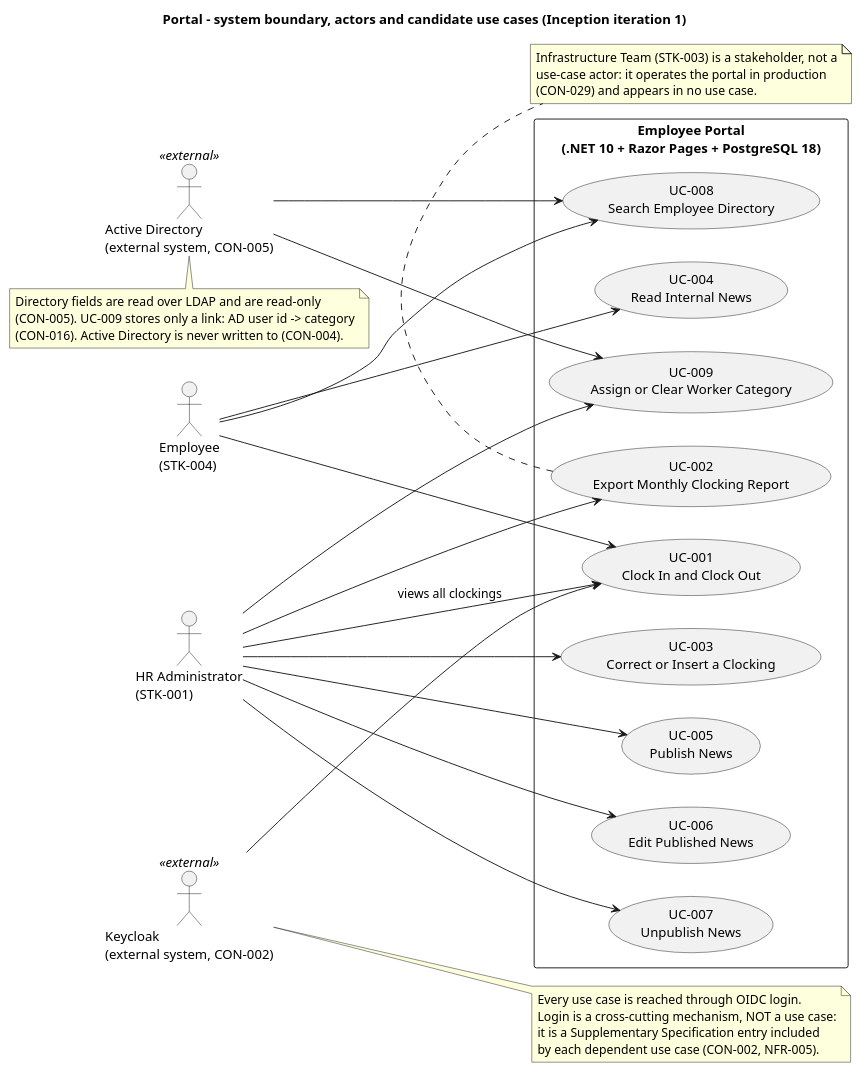
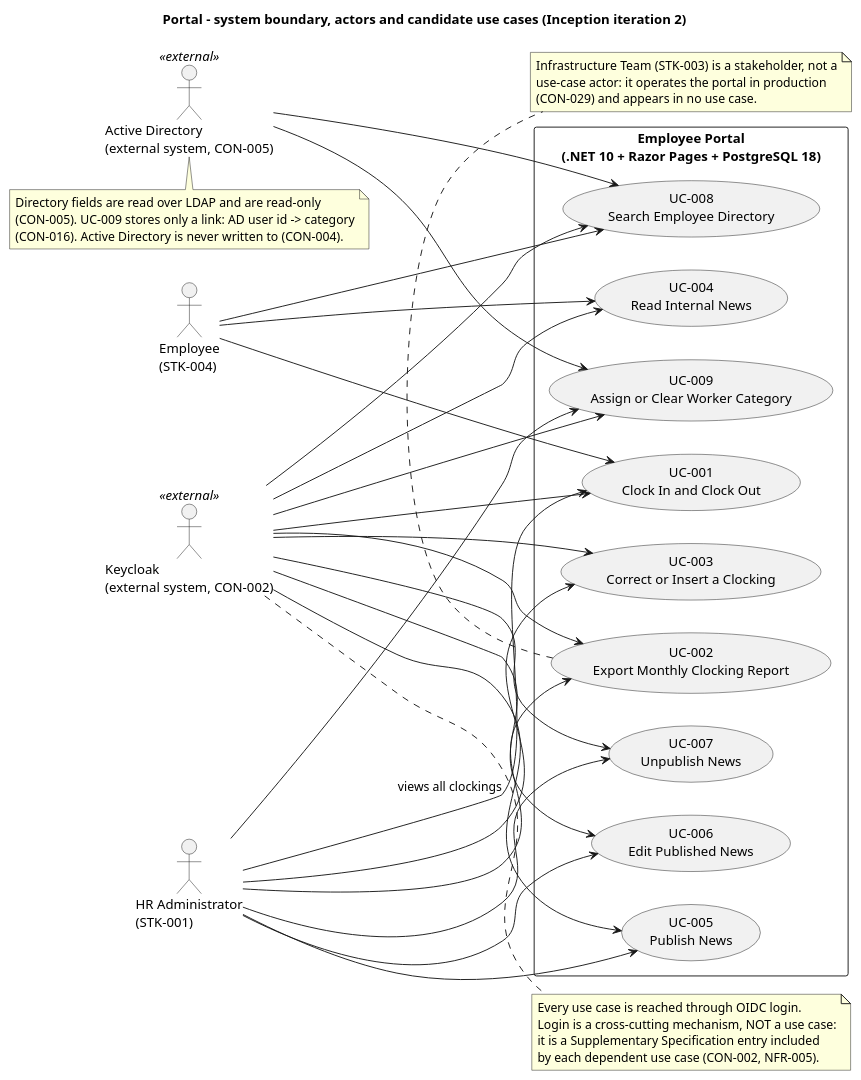
One commit to banense-test/portal changed the diagram in docs/artifacts/requirements/vision.md. Above: the diagram before and after it, drawn with PlantUML. The commit also changed other lines of this file, not shown here.

Commit message:
System Analyst [I2]: upsert Vision
[skip ci]

````diff
--- a/docs/artifacts/requirements/vision.md
+++ b/docs/artifacts/requirements/vision.md
@@ -46,57 +45,65 @@
 ```plantuml
 @startuml Portal_Vision_UC
-title Portal - system boundary, actors and candidate use cases (Inception iteration 1)
+title Portal - system boundary, actors and candidate use cases (Inception iteration 2)
 left to right direction
 skinparam packageStyle rectangle
 
 actor "Employee\n(STK-004)" as EMP
 actor "HR Administrator\n(STK-001)" as HR
 actor "Keycloak\n(external system, CON-002)" as KC <<external>>
 actor "Active Directory\n(external system, CON-005)" as AD <<external>>
 
 rectangle "Employee Portal\n(.NET 10 + Razor Pages + PostgreSQL 18)" {
   usecase "UC-001\nClock In and Clock Out" as UC001
   usecase "UC-002\nExport Monthly Clocking Report" as UC002
   usecase "UC-003\nCorrect or Insert a Clocking" as UC003
   usecase "UC-004\nRead Internal News" as UC004
   usecase "UC-005\nPublish News" as UC005
   usecase "UC-006\nEdit Published News" as UC006
   usecase "UC-007\nUnpublish News" as UC007
   usecase "UC-008\nSearch Employee Directory" as UC008
   usecase "UC-009\nAssign or Clear Worker Category" as UC009
 }
 
 EMP --> UC001
 EMP --> UC004
 EMP --> UC008
 HR --> UC002
 HR --> UC003
 HR --> UC005
 HR --> UC006
 HR --> UC007
 HR --> UC009
 HR --> UC001 : views all clockings
 KC --> UC001
+KC --> UC002
+KC --> UC003
+KC --> UC004
+KC --> UC005
+KC --> UC006
+KC --> UC007
+KC --> UC008
+KC --> UC009
 AD --> UC008
 AD --> UC009
 
 note right of KC
   Every use case is reached through OIDC login.
   Login is a cross-cutting mechanism, NOT a use case:
   it is a Supplementary Specification entry included
   by each dependent use case (CON-002, NFR-005).
 end note
 
 note bottom of AD
   Directory fields are read over LDAP and are read-only
   (CON-005). UC-009 stores only a link: AD user id -> category
   (CON-016). Active Directory is never written to (CON-004).
 end note
 
 note bottom of UC002
   Infrastructure Team (STK-003) is a stakeholder, not a
   use-case actor: it operates the portal in production
   (CON-029) and appears in no use case.
 end note
 @enduml
 ```
````
